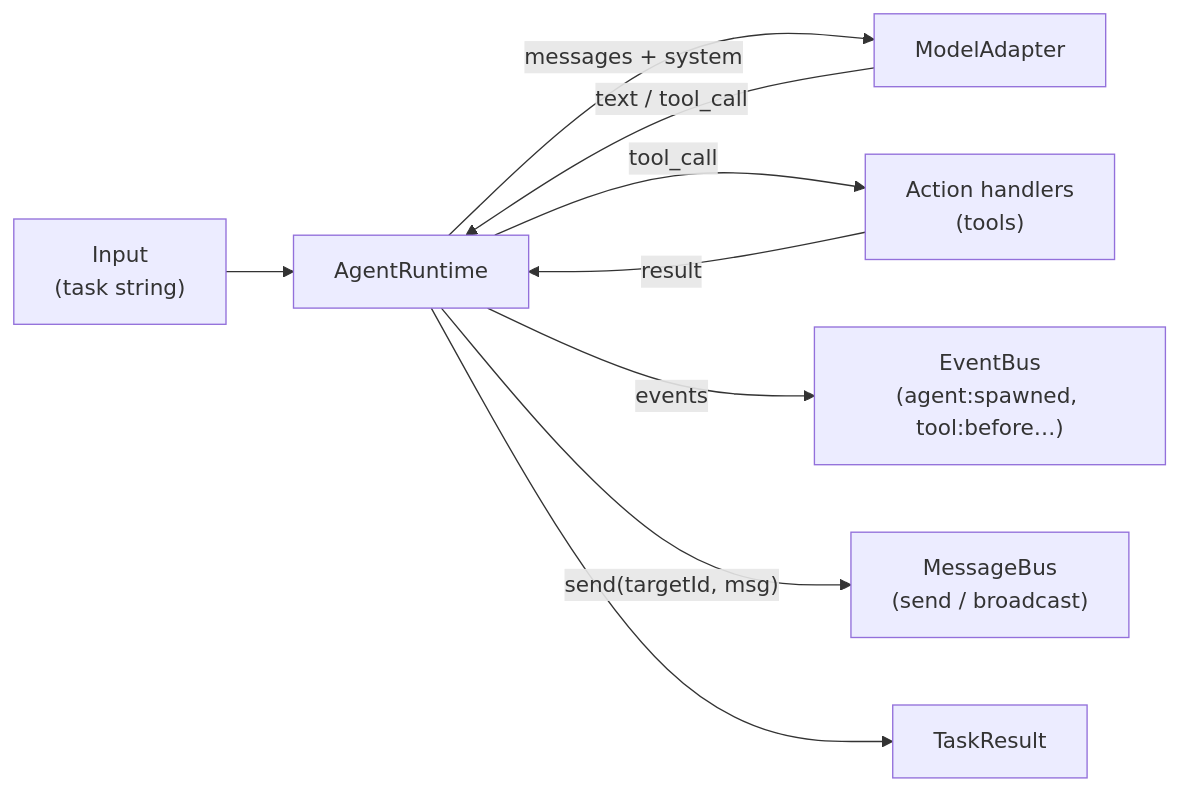
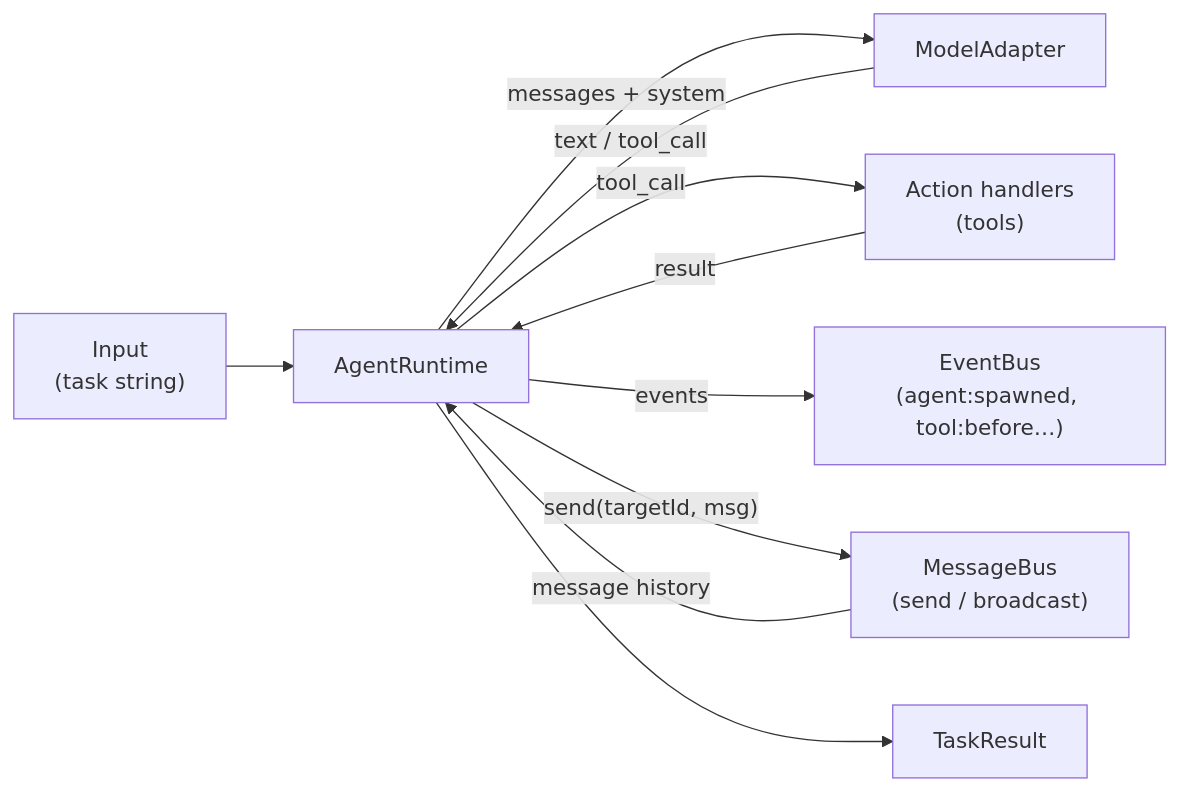
Before and after one commit to G9000/animaOS-SWARM: the sixth of 6 diagrams in docs/swarm-architecture.md, drawn with Mermaid. The commit also changed other lines of this file and 18 other files, not shown here.

````diff
--- a/docs/swarm-architecture.md
+++ b/docs/swarm-architecture.md
@@ -145,19 +145,20 @@
 ```mermaid
 graph LR
     Input["Input\n(task string)"]
     AR["AgentRuntime"]
     Tools["Action handlers\n(tools)"]
     MA["ModelAdapter"]
     MB["MessageBus\n(send / broadcast)"]
     EB["EventBus\n(agent:spawned, tool:before…)"]
     Output["TaskResult"]
 
     Input --> AR
     AR -->|"messages + system"| MA
     MA -->|"text / tool_call"| AR
     AR -->|"tool_call"| Tools
     Tools -->|"result"| AR
     AR -->|"events"| EB
     AR -->|"send(targetId, msg)"| MB
+    MB -->|"message history"| AR
     AR --> Output
 ```
````
